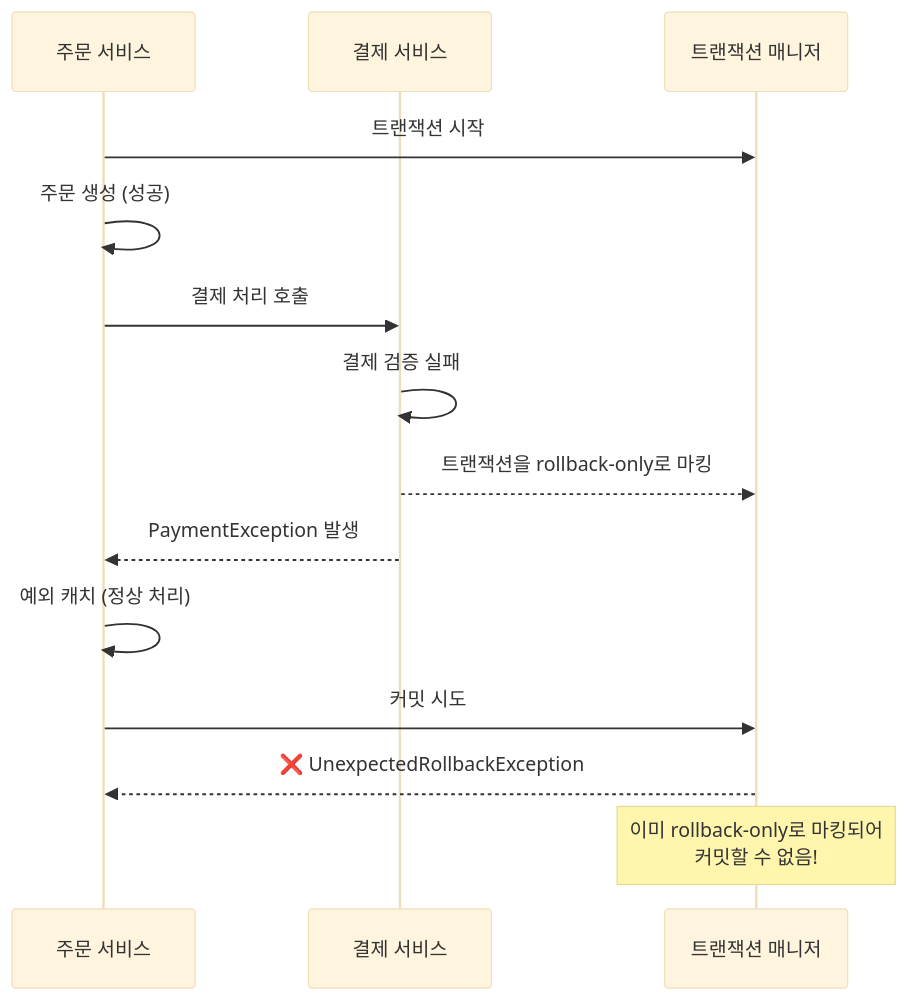
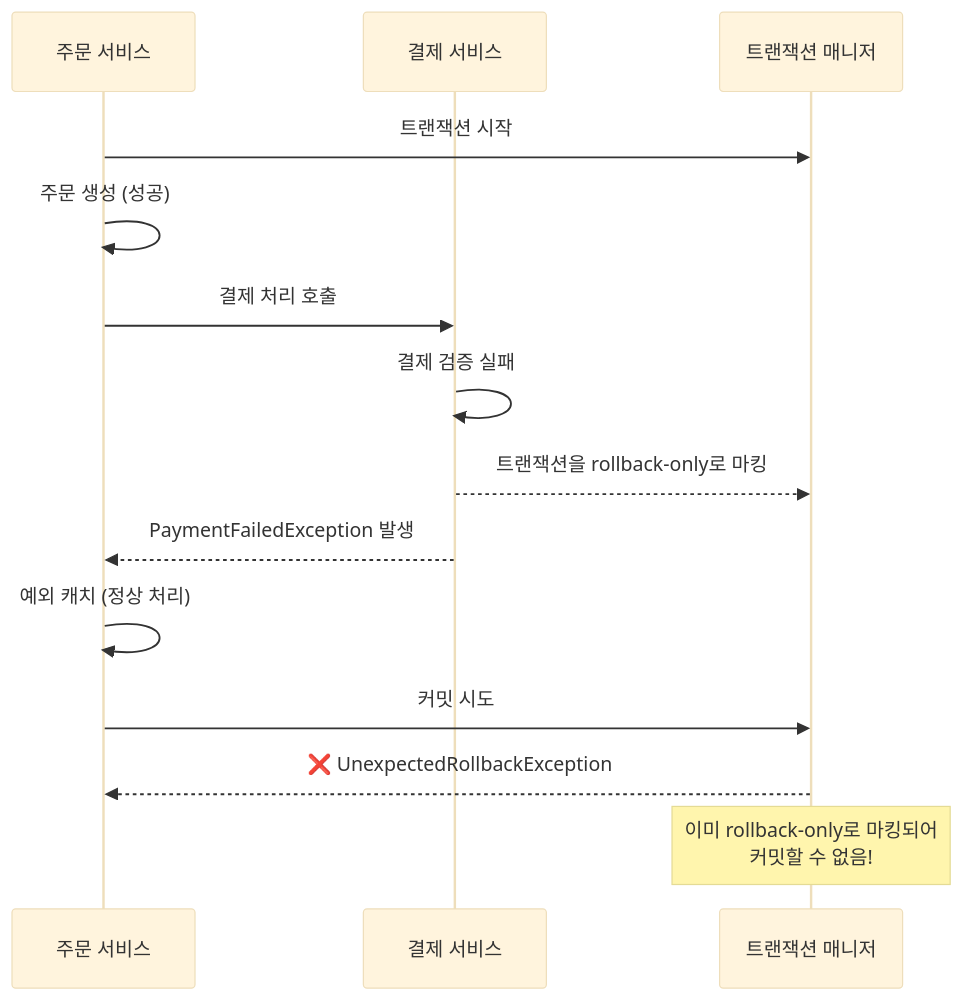
Before and after one commit to hongmoSung/hongmoSung.github.io: diagram 16 of 19 in _posts/spring/2025-08-24-transaction.md, drawn with Mermaid (base theme). The commit also changed other lines of this file and 32 other files, not shown here.

````diff
--- a/_posts/spring/2025-08-24-transaction.md
+++ b/_posts/spring/2025-08-24-transaction.md
@@ -962,18 +970,18 @@
 ```mermaid
 sequenceDiagram
     participant OrderService as 주문 서비스
     participant PaymentService as 결제 서비스
     participant TxManager as 트랜잭션 매니저
     
     OrderService->>TxManager: 트랜잭션 시작
     OrderService->>OrderService: 주문 생성 (성공)
     OrderService->>PaymentService: 결제 처리 호출
     PaymentService->>PaymentService: 결제 검증 실패
     PaymentService-->>TxManager: 트랜잭션을 rollback-only로 마킹
-    PaymentService-->>OrderService: PaymentException 발생
+    PaymentService-->>OrderService: PaymentFailedException 발생
     OrderService->>OrderService: 예외 캐치 (정상 처리)
     OrderService->>TxManager: 커밋 시도
     TxManager-->>OrderService: ❌ UnexpectedRollbackException
     
     Note over TxManager: 이미 rollback-only로 마킹되어<br/>커밋할 수 없음!
 ```
````
